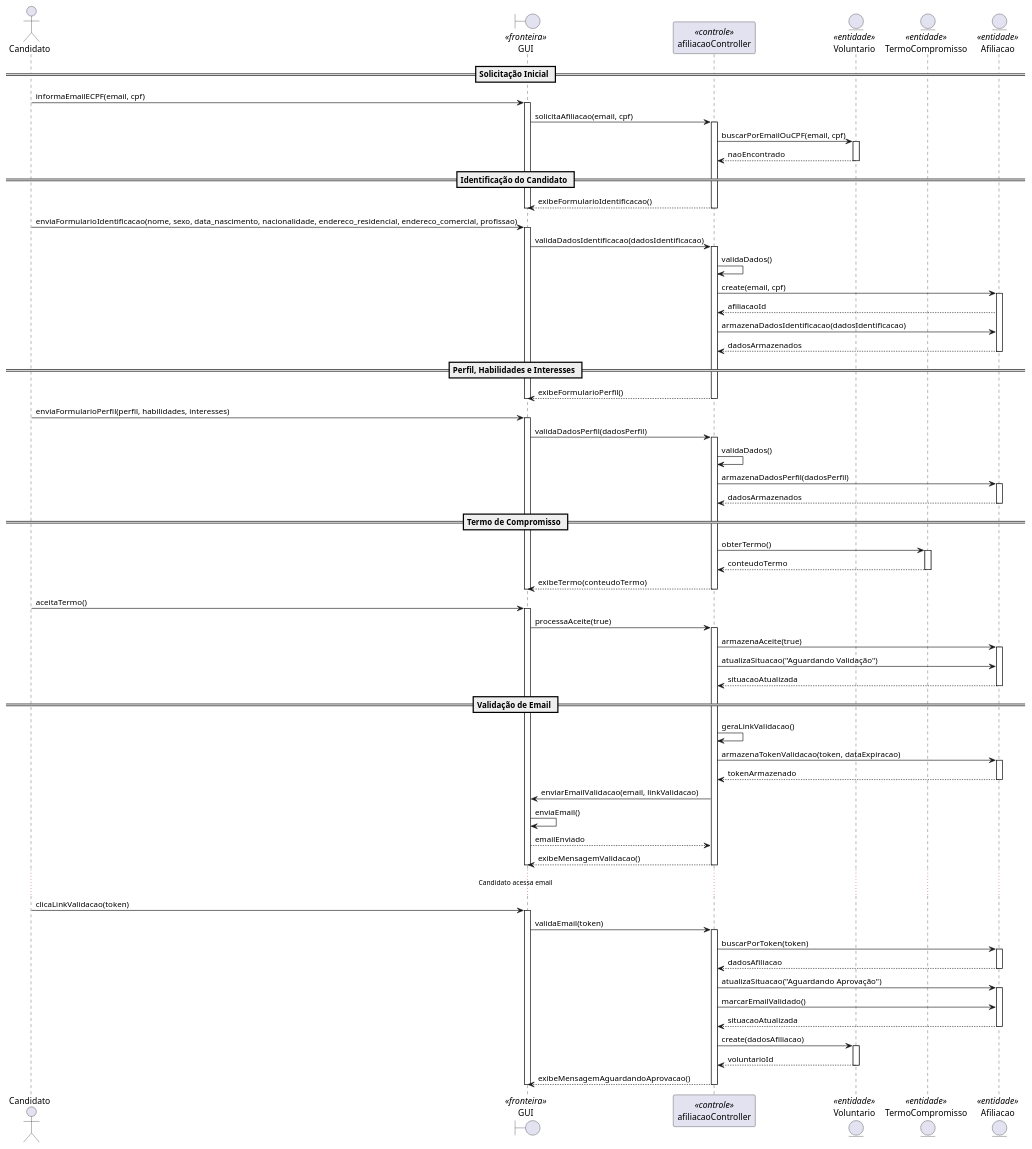
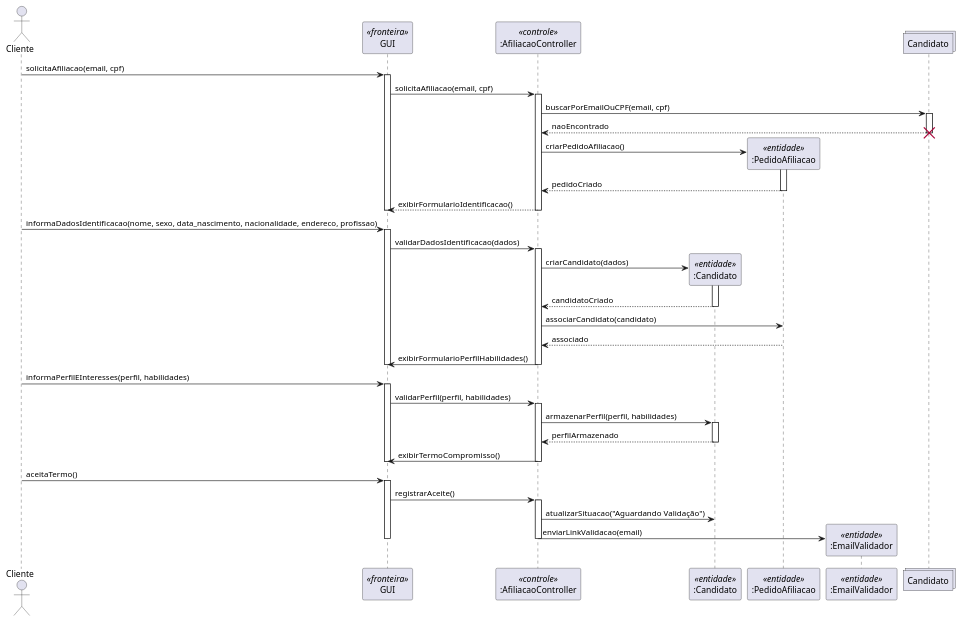
Before and after one commit to guisgiacomini/redeMaisSocialProjetoSoftware: the diagram in diagrama-sequencia/uc002/fluxo-principal.puml, drawn with PlantUML.

Commit message:
edit sequencia uc02

```diff
--- a/diagrama-sequencia/uc002/fluxo-principal.puml
+++ b/diagrama-sequencia/uc002/fluxo-principal.puml
@@ -1,119 +1,74 @@
 @startuml
-actor "Candidato" as candidato
-boundary "GUI" as gui <<fronteira>>
-participant "afiliacaoController" as controller <<controle>>
-entity "Voluntario" as voluntario <<entidade>>
-entity "TermoCompromisso" as termo <<entidade>>    
-entity "Afiliacao" as afiliacao <<entidade>>
+actor "Cliente" as ator
+participant "GUI" as gui <<fronteira>>
+participant ":AfiliacaoController" as controller <<controle>>
+participant ":Candidato" as candidato <<entidade>>
+participant ":PedidoAfiliacao" as afiliacao <<entidade>>
+participant ":EmailValidador" as emailValidador <<entidade>>
+collections "Candidato" as collectionCandidato
 
-== Solicitação Inicial ==
-candidato -> gui: informaEmailECPF(email, cpf)
+
+ator -> gui: solicitaAfiliacao(email, cpf)
 activate gui
 gui -> controller: solicitaAfiliacao(email, cpf)
 activate controller
-controller -> voluntario: buscarPorEmailOuCPF(email, cpf)
-activate voluntario
-voluntario --> controller: naoEncontrado
-deactivate voluntario
 
-== Identificação do Candidato ==
-controller --> gui: exibeFormularioIdentificacao()
+controller -> collectionCandidato: buscarPorEmailOuCPF(email, cpf)
+activate collectionCandidato
+collectionCandidato --> controller: naoEncontrado
+destroy collectionCandidato
+
+controller -> afiliacao **: criarPedidoAfiliacao()
+activate afiliacao
+afiliacao --> controller: pedidoCriado
+deactivate afiliacao
+
+controller --> gui: exibirFormularioIdentificacao()
 deactivate controller
 deactivate gui
 
-candidato -> gui: enviaFormularioIdentificacao(nome, sexo, data_nascimento, nacionalidade, endereco_residencial, endereco_comercial, profissao)
+' --- Preenchimento e validação dos dados ---
+ator -> gui: informaDadosIdentificacao(nome, sexo, data_nascimento, nacionalidade, endereco, profissao)
 activate gui
-gui -> controller: validaDadosIdentificacao(dadosIdentificacao)
+gui -> controller: validarDadosIdentificacao(dados)
 activate controller
 
-controller -> controller: validaDados()
+controller -> candidato **: criarCandidato(dados)
+activate candidato
+candidato --> controller: candidatoCriado
+deactivate candidato
 
-controller -> afiliacao: create(email, cpf)
-activate afiliacao
-afiliacao --> controller: afiliacaoId
+controller -> afiliacao: associarCandidato(candidato)
+afiliacao --> controller: associado
 
-controller -> afiliacao: armazenaDadosIdentificacao(dadosIdentificacao)
-afiliacao --> controller: dadosArmazenados
-deactivate afiliacao
-
-== Perfil, Habilidades e Interesses ==
-controller --> gui: exibeFormularioPerfil()
+controller -> gui: exibirFormularioPerfilHabilidades()
 deactivate controller
 deactivate gui
 
-candidato -> gui: enviaFormularioPerfil(perfil, habilidades, interesses)
+' --- Preenchimento do perfil ---
+ator -> gui: informaPerfilEInteresses(perfil, habilidades)
 activate gui
-gui -> controller: validaDadosPerfil(dadosPerfil)
+gui -> controller: validarPerfil(perfil, habilidades)
 activate controller
 
-controller -> controller: validaDados()
+controller -> candidato: armazenarPerfil(perfil, habilidades)
+activate candidato
+candidato --> controller: perfilArmazenado
+deactivate candidato
 
-controller -> afiliacao: armazenaDadosPerfil(dadosPerfil)
-activate afiliacao
-afiliacao --> controller: dadosArmazenados
-deactivate afiliacao
-
-== Termo de Compromisso ==
-controller -> termo: obterTermo()
-activate termo
-termo --> controller: conteudoTermo
-deactivate termo
-
-controller --> gui: exibeTermo(conteudoTermo)
+controller -> gui: exibirTermoCompromisso()
 deactivate controller
 deactivate gui
 
-candidato -> gui: aceitaTermo()
+' --- Aceite do termo ---
+ator -> gui: aceitaTermo()
 activate gui
-gui -> controller: processaAceite(true)
+gui -> controller: registrarAceite()
 activate controller
 
-controller -> afiliacao: armazenaAceite(true)
-activate afiliacao
-controller -> afiliacao: atualizaSituacao("Aguardando Validação")
-afiliacao --> controller: situacaoAtualizada
-deactivate afiliacao
-
-== Validação de Email ==
-controller -> controller: geraLinkValidacao()
-controller -> afiliacao: armazenaTokenValidacao(token, dataExpiracao)
-activate afiliacao
-afiliacao --> controller: tokenArmazenado
-deactivate afiliacao
-
-controller -> gui: enviarEmailValidacao(email, linkValidacao)
-gui -> gui: enviaEmail()
-gui --> controller: emailEnviado
-
-controller --> gui: exibeMensagemValidacao()
-deactivate controller
-deactivate gui
-
-... Candidato acessa email ...
-
-candidato -> gui: clicaLinkValidacao(token)
-activate gui
-gui -> controller: validaEmail(token)
-activate controller
-
-controller -> afiliacao: buscarPorToken(token)
-activate afiliacao
-afiliacao --> controller: dadosAfiliacao
-deactivate afiliacao
-
-controller -> afiliacao: atualizaSituacao("Aguardando Aprovação")
-activate afiliacao
-controller -> afiliacao: marcarEmailValidado()
-afiliacao --> controller: situacaoAtualizada
-deactivate afiliacao
-
-controller -> voluntario: create(dadosAfiliacao)
-activate voluntario
-voluntario --> controller: voluntarioId
-deactivate voluntario
-
-controller --> gui: exibeMensagemAguardandoAprovacao()
+controller -> candidato: atualizarSituacao("Aguardando Validação")
+controller -> emailValidador **: enviarLinkValidacao(email)
 deactivate controller
 deactivate gui
 
 @enduml
```
